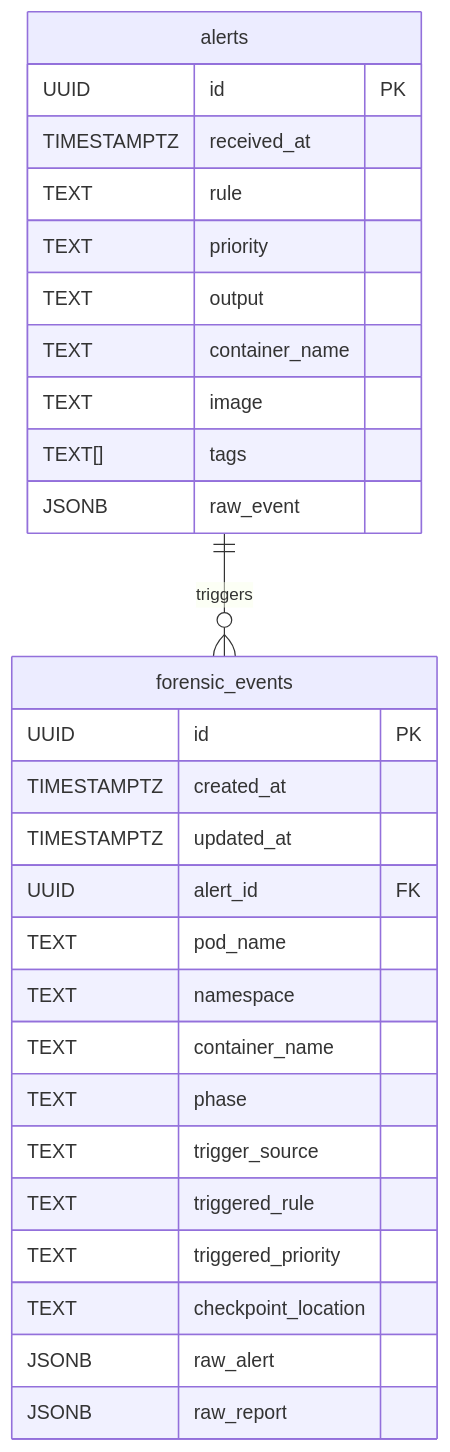
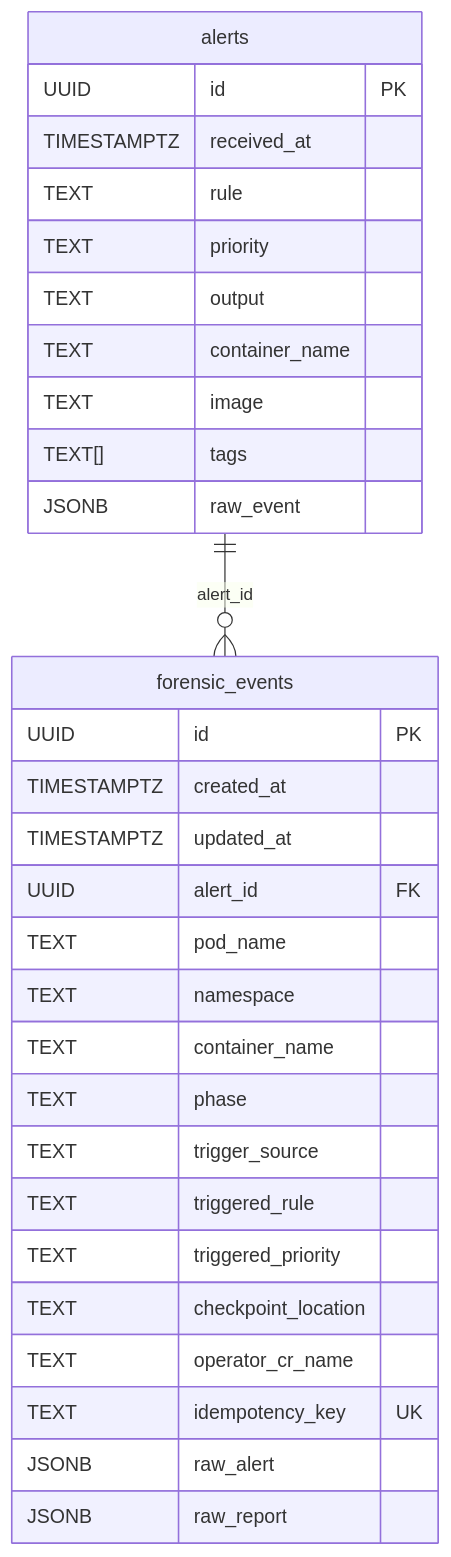
Before and after one commit to euphoricair7/Medusa: the diagram in docs/database/er-diagram.md, drawn with Mermaid. The commit also changed other lines of this file and 5 other files, not shown here.

````diff
--- a/docs/database/er-diagram.md
+++ b/docs/database/er-diagram.md
@@ -5,33 +3,35 @@
 ```mermaid
 erDiagram
     alerts {
         UUID id PK
         TIMESTAMPTZ received_at
         TEXT rule
         TEXT priority
         TEXT output
         TEXT container_name
         TEXT image
         TEXT[] tags
         JSONB raw_event
     }
 
     forensic_events {
         UUID id PK
         TIMESTAMPTZ created_at
         TIMESTAMPTZ updated_at
         UUID alert_id FK
         TEXT pod_name
         TEXT namespace
         TEXT container_name
         TEXT phase
         TEXT trigger_source
         TEXT triggered_rule
         TEXT triggered_priority
         TEXT checkpoint_location
+        TEXT operator_cr_name
+        TEXT idempotency_key UK
         JSONB raw_alert
         JSONB raw_report
     }
 
-    alerts ||--o{ forensic_events : triggers
+    alerts ||--o{ forensic_events : "alert_id"
 ```
````
